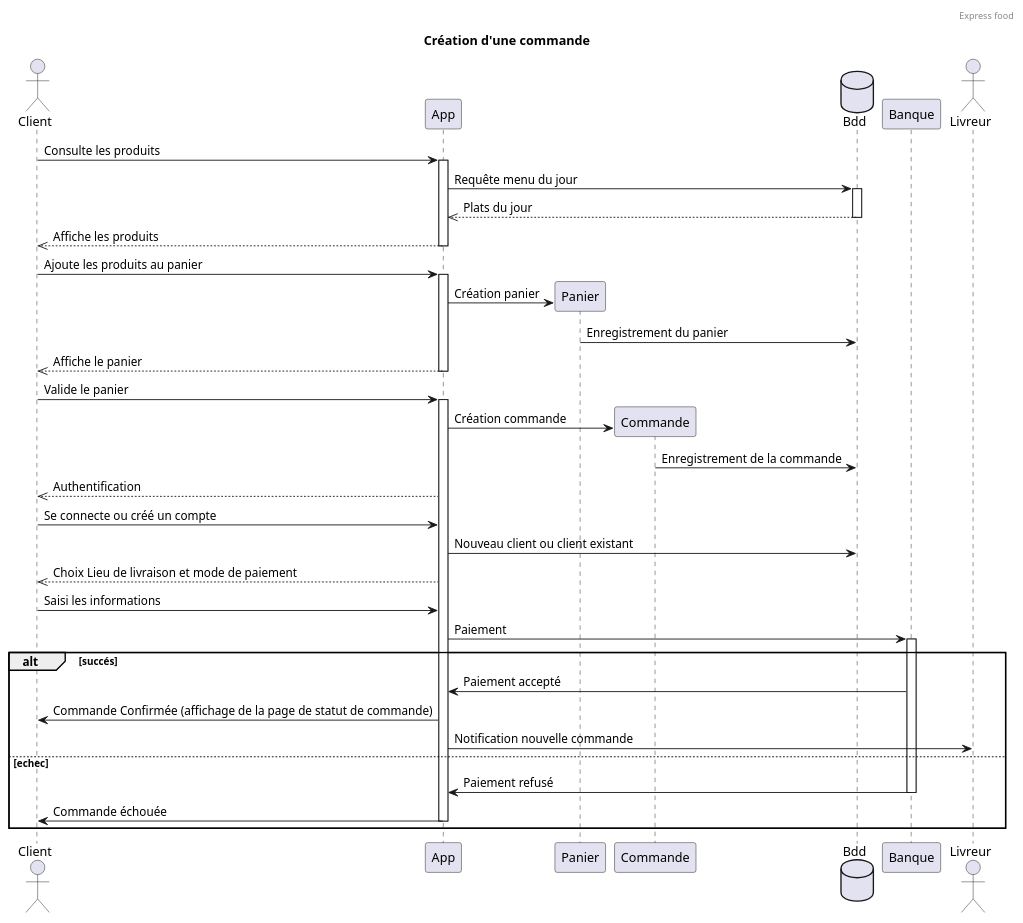
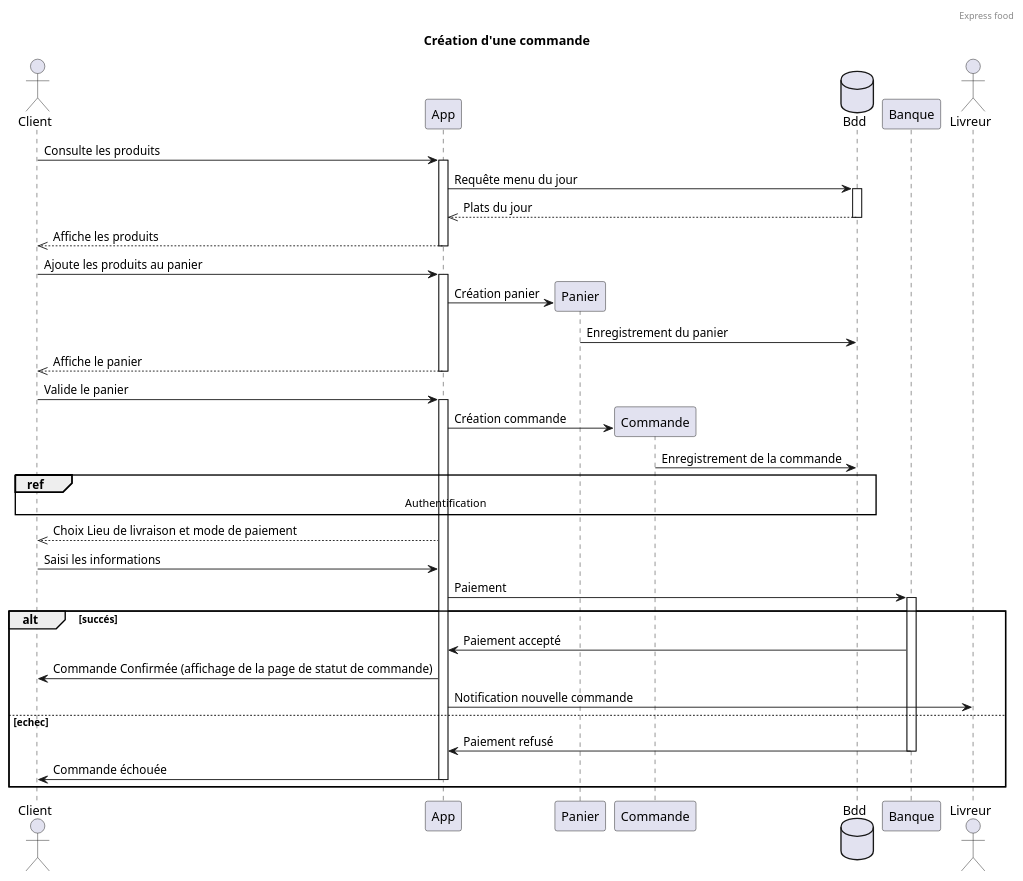
The diagram in Order.wsd (ArtGM/express-food), drawn with PlantUML before and after one commit. The commit also changed 11 other files, not shown here.

```diff
--- a/Order.wsd
+++ b/Order.wsd
@@ -1,48 +1,46 @@
 @startuml
 header Express food
 title Création d'une commande
 actor Client
 participant App
 participant Panier
 participant Commande
 database Bdd
 participant Banque
 actor Livreur
 Client -> App: Consulte les produits
 activate App
 App -> Bdd:  Requête menu du jour
 activate Bdd
 Bdd -->> App: Plats du jour
 deactivate Bdd
 App -->> Client: Affiche les produits
 deactivate App
 Client -> App: Ajoute les produits au panier
 activate App
 create Panier
 App -> Panier: Création panier
 Panier -> Bdd: Enregistrement du panier
 App -->> Client: Affiche le panier
 deactivate App
 Client -> App: Valide le panier
 activate App
 create Commande
 App -> Commande: Création commande
 Commande -> Bdd: Enregistrement de la commande
-App -->> Client: Authentification
-Client -> App: Se connecte ou créé un compte
-App -> Bdd: Nouveau client ou client existant
+ref over Client, App, Bdd : Authentification
 App -->> Client: Choix Lieu de livraison et mode de paiement
 Client -> App: Saisi les informations
 App -> Banque: Paiement
 alt succés
 activate Banque
   Banque -> App: Paiement accepté
   App -> Client: Commande Confirmée (affichage de la page de statut de commande)
   App -> Livreur: Notification nouvelle commande
 else echec
   Banque -> App: Paiement refusé
 deactivate Banque
   App -> Client: Commande échouée
 deactivate App
 end
 @enduml
```
